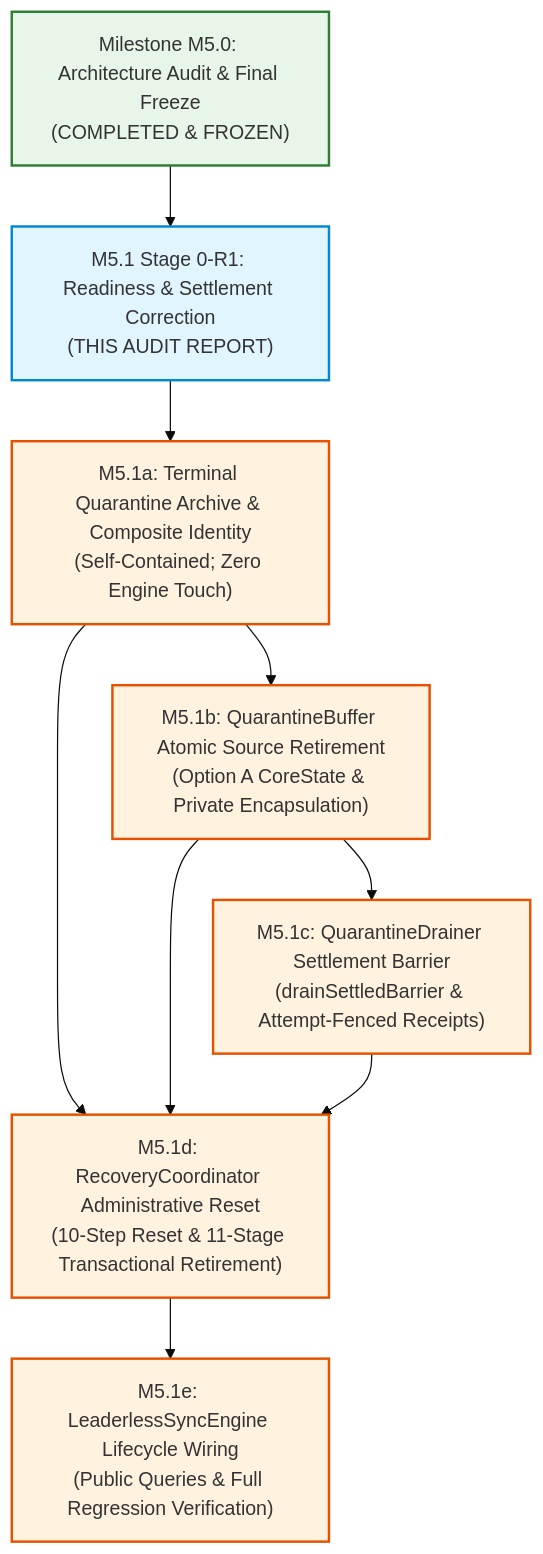
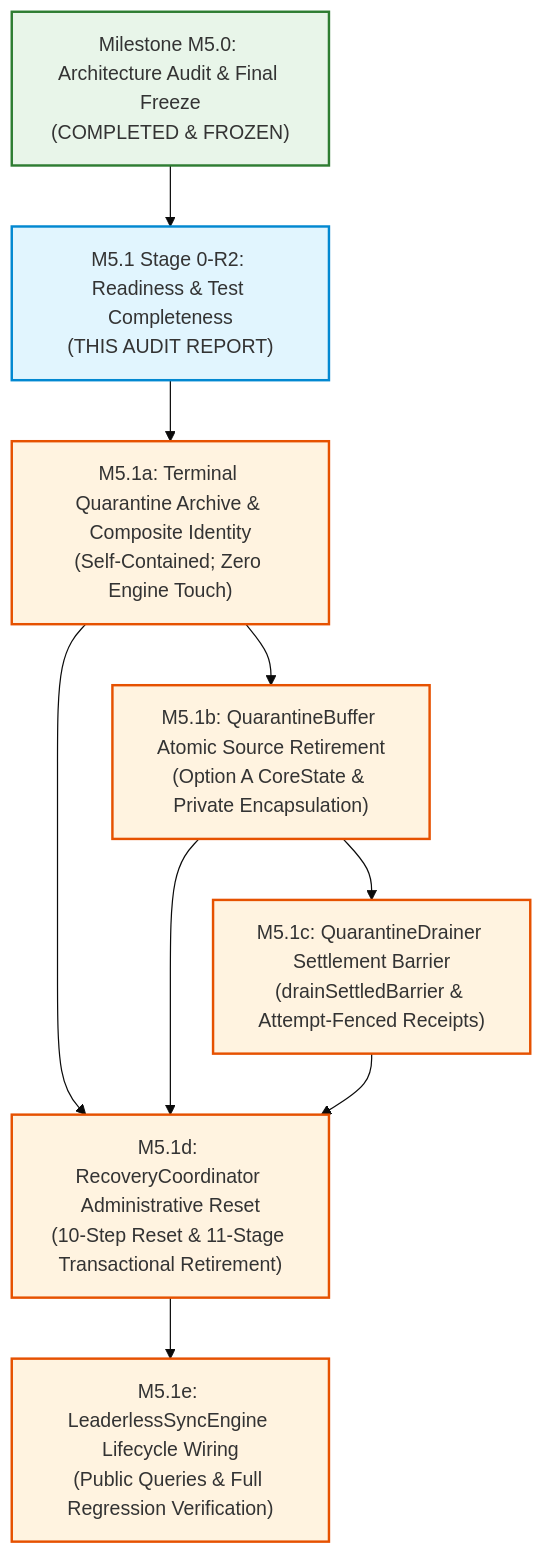
The second of 2 diagrams in docs/PHASE7_5_M5_1_STAGE0_IMPLEMENTATION_READINESS_REPORT.md (Tejdeepakchandra/SyncPlay_Protocol), drawn with Mermaid (base theme) before and after one commit. The commit also changed other lines of this file, not shown here.

Commit message:
docs(phase-7.5-m5.1): stage 0-r2 settlement barrier test completeness and late-continuation fencing

````diff
--- a/docs/PHASE7_5_M5_1_STAGE0_IMPLEMENTATION_READINESS_REPORT.md
+++ b/docs/PHASE7_5_M5_1_STAGE0_IMPLEMENTATION_READINESS_REPORT.md
@@ -276,19 +328,19 @@
 ```mermaid
 flowchart TD
-    M5_0["Milestone M5.0: Architecture Audit & Final Freeze<br/>(COMPLETED & FROZEN)"] --> M5_1_Stage0["M5.1 Stage 0-R1: Readiness & Settlement Correction<br/>(THIS AUDIT REPORT)"]
+    M5_0["Milestone M5.0: Architecture Audit & Final Freeze<br/>(COMPLETED & FROZEN)"] --> M5_1_Stage0["M5.1 Stage 0-R2: Readiness & Test Completeness<br/>(THIS AUDIT REPORT)"]
     M5_1_Stage0 --> M5_1a["M5.1a: Terminal Quarantine Archive & Composite Identity<br/>(Self-Contained; Zero Engine Touch)"]
     M5_1a --> M5_1b["M5.1b: QuarantineBuffer Atomic Source Retirement<br/>(Option A CoreState & Private Encapsulation)"]
     M5_1b --> M5_1c["M5.1c: QuarantineDrainer Settlement Barrier<br/>(drainSettledBarrier & Attempt-Fenced Receipts)"]
     M5_1a --> M5_1d["M5.1d: RecoveryCoordinator Administrative Reset<br/>(10-Step Reset & 11-Stage Transactional Retirement)"]
     M5_1b --> M5_1d
     M5_1c --> M5_1d
     M5_1d --> M5_1e["M5.1e: LeaderlessSyncEngine Lifecycle Wiring<br/>(Public Queries & Full Regression Verification)"]
 
     style M5_0 fill:#e8f5e9,stroke:#2e7d32,stroke-width:2px
     style M5_1_Stage0 fill:#e1f5fe,stroke:#0288d1,stroke-width:2px
     style M5_1a fill:#fff3e0,stroke:#e65100,stroke-width:2px
     style M5_1b fill:#fff3e0,stroke:#e65100,stroke-width:2px
     style M5_1c fill:#fff3e0,stroke:#e65100,stroke-width:2px
     style M5_1d fill:#fff3e0,stroke:#e65100,stroke-width:2px
     style M5_1e fill:#fff3e0,stroke:#e65100,stroke-width:2px
 ```
````
